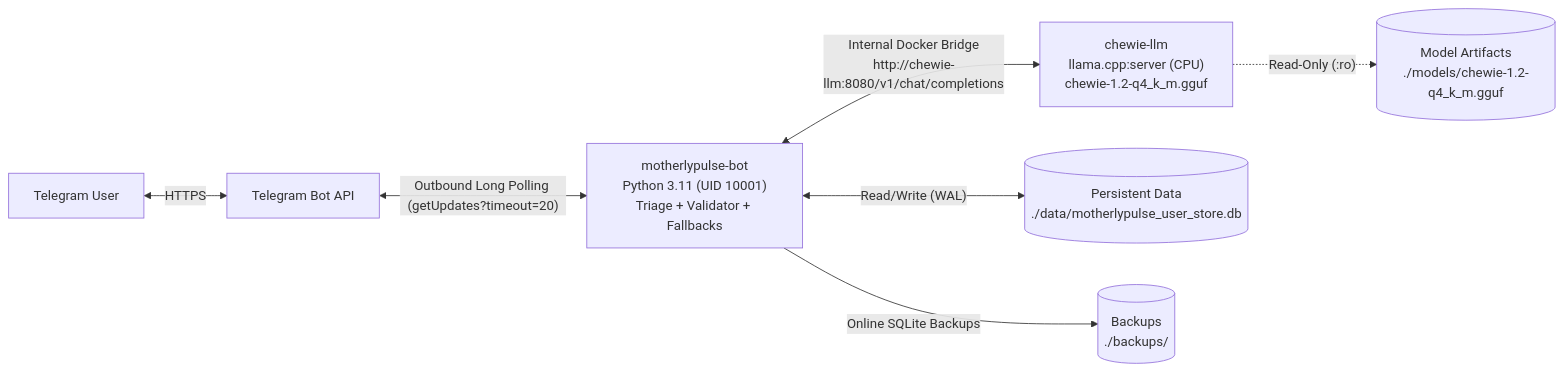
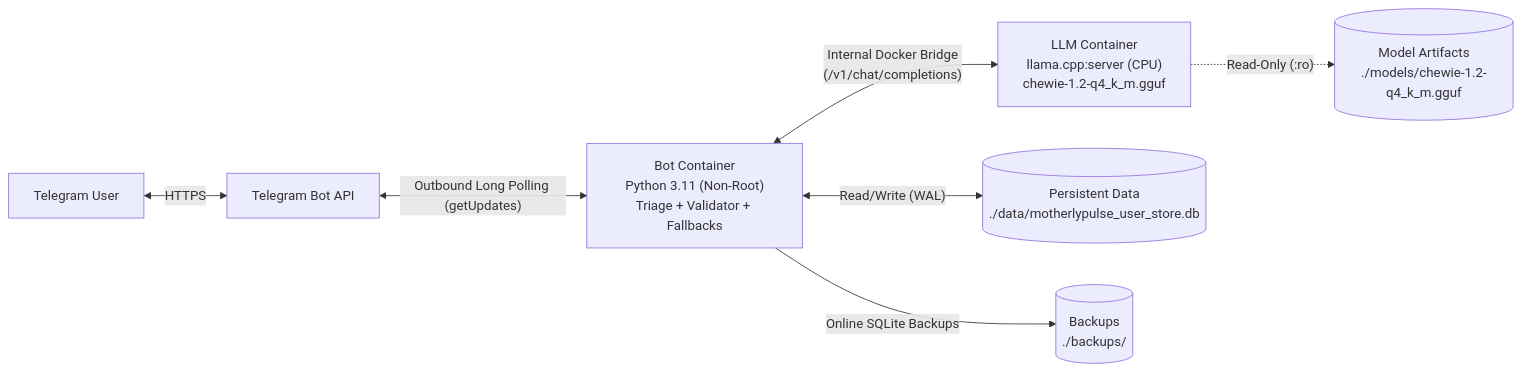
One commit to giddy7/motherlypulse-public changed the diagram in docs/DEPLOYMENT.md. Above: the diagram before and after it, drawn with Mermaid. The commit also changed other lines of this file and 7 other files, not shown here.

````diff
--- a/docs/DEPLOYMENT.md
+++ b/docs/DEPLOYMENT.md
@@ -20,9 +20,9 @@
 ```mermaid
 flowchart LR
     User["Telegram User"] <-->|"HTTPS"| TG["Telegram Bot API"]
-    TG <-->|"Outbound Long Polling (getUpdates?timeout=20)"| Bot["motherlypulse-bot\nPython 3.11 (UID 10001)\nTriage + Validator + Fallbacks"]
-    Bot <-->|"Internal Docker Bridge\nhttp://chewie-llm:8080/v1/chat/completions"| LLM["chewie-llm\nllama.cpp:server (CPU)\nchewie-1.2-q4_k_m.gguf"]
+    TG <-->|"Outbound Long Polling (getUpdates)"| Bot["Bot Container\nPython 3.11 (Non-Root)\nTriage + Validator + Fallbacks"]
+    Bot <-->|"Internal Docker Bridge\n(/v1/chat/completions)"| LLM["LLM Container\nllama.cpp:server (CPU)\nchewie-1.2-q4_k_m.gguf"]
     Bot <-->|"Read/Write (WAL)"| DB[("Persistent Data\n./data/motherlypulse_user_store.db")]
     Bot -->|"Online SQLite Backups"| Bkp[("Backups\n./backups/")]
     LLM -.->|"Read-Only (:ro)"| Models[("Model Artifacts\n./models/chewie-1.2-q4_k_m.gguf")]
 ```
````
